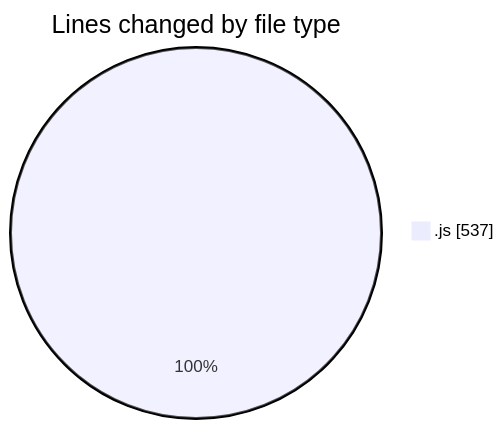
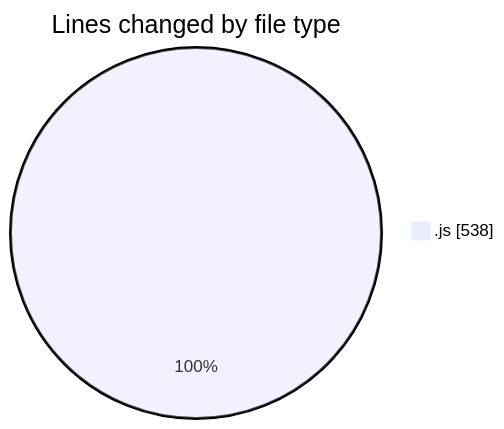
Before and after one commit to nxtqubesakshisongat/code-tracking: the first of 2 diagrams in 2025-10-31/nxtqube_webapp/README.md, drawn with Mermaid. The commit also changed other lines of this file and 1 other file, not shown here.

````diff
--- a/2025-10-31/nxtqube_webapp/README.md
+++ b/2025-10-31/nxtqube_webapp/README.md
@@ -22,5 +22,5 @@
 ```mermaid
 pie showData
 title Lines changed by file type
-".js" : 537
+".js" : 538
 ```
````
